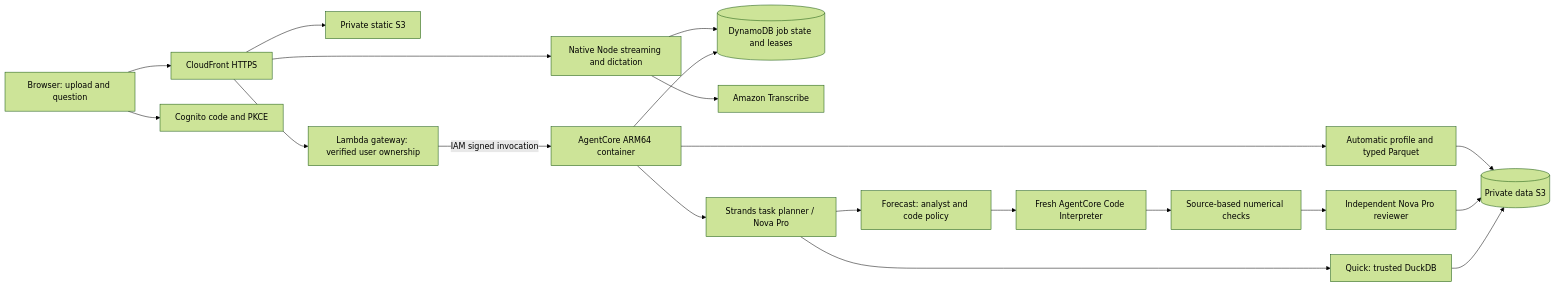
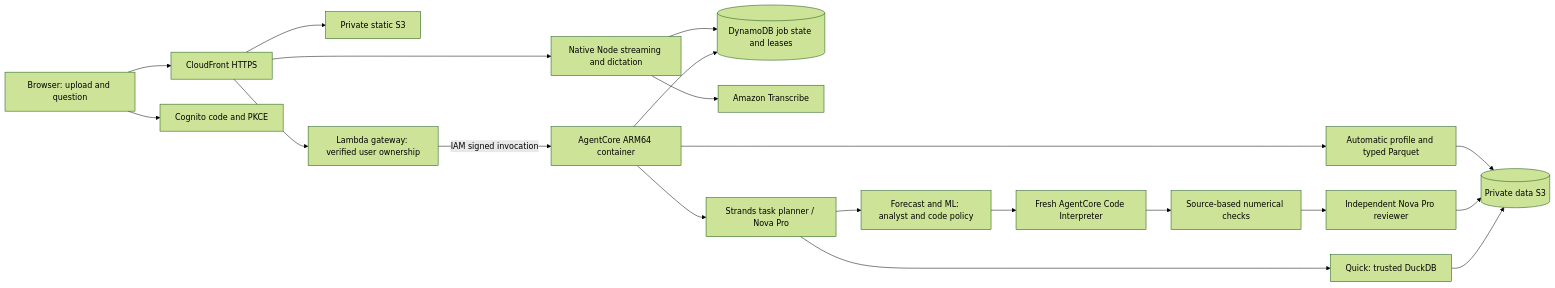
The diagram in project_context.md (leducse/virtual-data-scientist), drawn with Mermaid (forest theme) before and after one commit. The commit also changed other lines of this file and 72 other files, not shown here.

````diff
--- a/project_context.md
+++ b/project_context.md
@@ -33,22 +37,22 @@
 ```mermaid
 flowchart LR
   B[Browser: upload and question] --> CDN[CloudFront HTTPS]
   B --> AUTH[Cognito code and PKCE]
   CDN --> W[Private static S3]
   CDN --> G[Lambda gateway: verified user ownership]
   CDN --> STREAM[Native Node streaming and dictation]
   STREAM --> STATE
   STREAM --> TRANSCRIBE[Amazon Transcribe]
   G -->|IAM signed invocation| RUNTIME[AgentCore ARM64 container]
   RUNTIME --> P[Automatic profile and typed Parquet]
   P --> DATA[(Private data S3)]
   RUNTIME --> STATE[(DynamoDB job state and leases)]
   RUNTIME --> PLAN[Strands task planner / Nova Pro]
   PLAN --> Q[Quick: trusted DuckDB]
-  PLAN --> A[Forecast: analyst and code policy]
+  PLAN --> A[Forecast and ML: analyst and code policy]
   A --> CI[Fresh AgentCore Code Interpreter]
   CI --> V[Source-based numerical checks]
   V --> REVIEW[Independent Nova Pro reviewer]
   REVIEW --> DATA
   Q --> DATA
 ```
````
